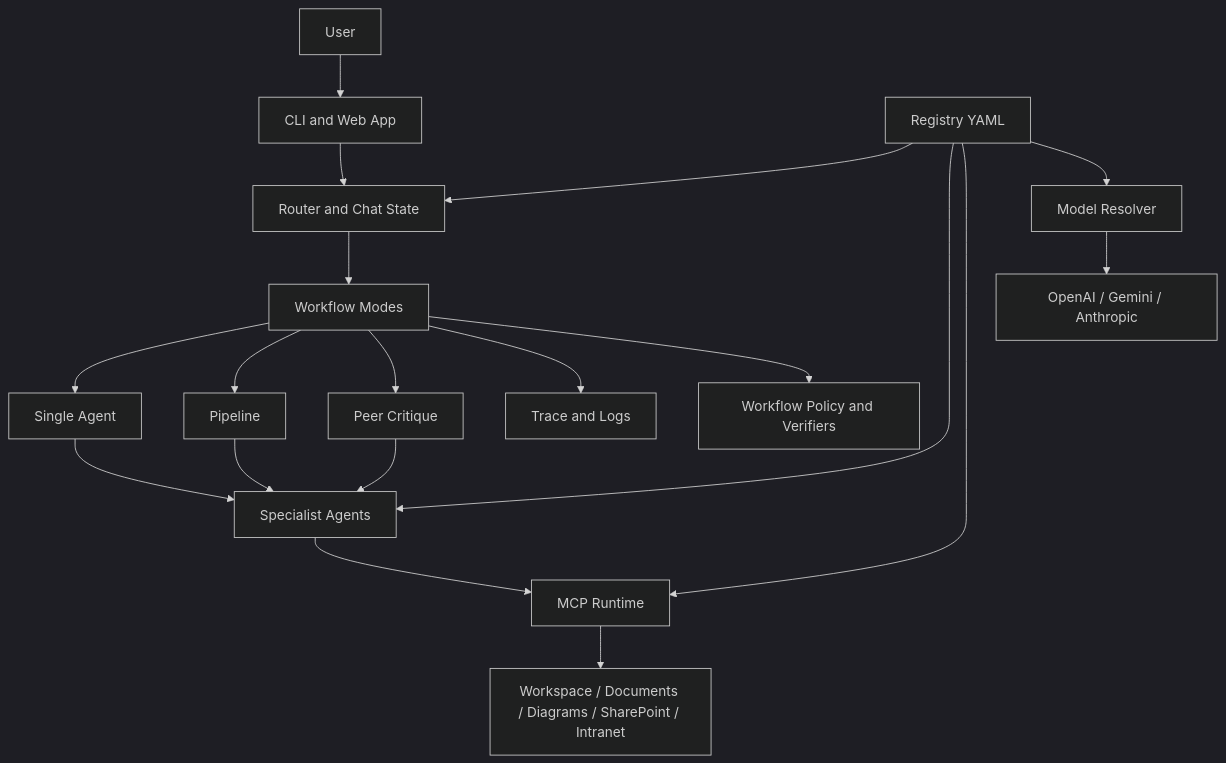
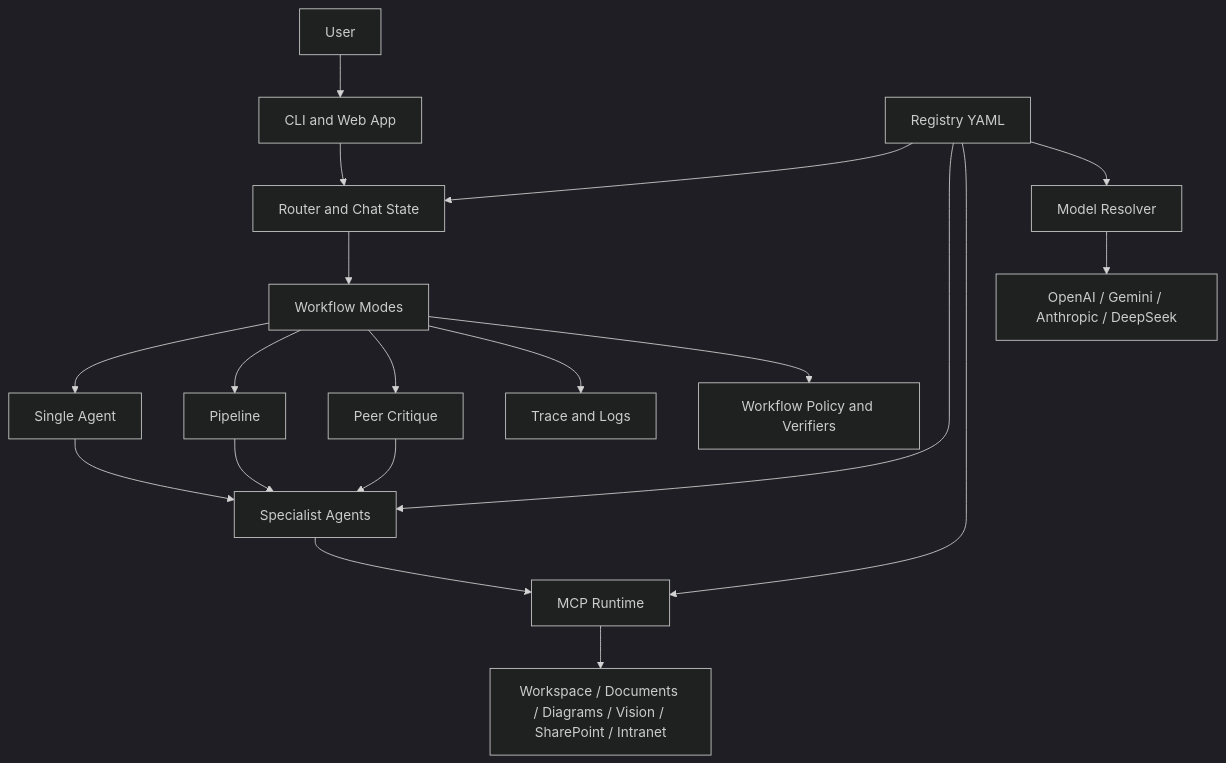
The first of 2 diagrams in README.md (crissdiamond/crisAI), drawn with Mermaid (dark theme) before and after one commit.

Commit message:
docs(readme): update architecture diagram with Vision server and DeepSeek provider

````diff
--- a/README.md
+++ b/README.md
@@ -27,26 +27,26 @@
 ```mermaid
 flowchart TB
     User[User] --> Surfaces[CLI and Web App]
     Surfaces --> Router[Router and Chat State]
     Router --> Workflows[Workflow Modes]
 
     Workflows --> Single[Single Agent]
     Workflows --> Pipeline[Pipeline]
     Workflows --> Peer[Peer Critique]
 
     Single --> Agents[Specialist Agents]
     Pipeline --> Agents
     Peer --> Agents
 
     Registry[Registry YAML] --> Router
     Registry --> Agents
     Registry --> Runtime[MCP Runtime]
     Registry --> Models[Model Resolver]
 
     Agents --> Runtime
-    Models --> Providers[OpenAI / Gemini / Anthropic]
-    Runtime --> Sources[Workspace / Documents / Diagrams / SharePoint / Intranet]
+    Models --> Providers[OpenAI / Gemini / Anthropic / DeepSeek]
+    Runtime --> Sources[Workspace / Documents / Diagrams / Vision / SharePoint / Intranet]
 
     Workflows --> Trace[Trace and Logs]
     Workflows --> Policy[Workflow Policy and Verifiers]
 ```
````
